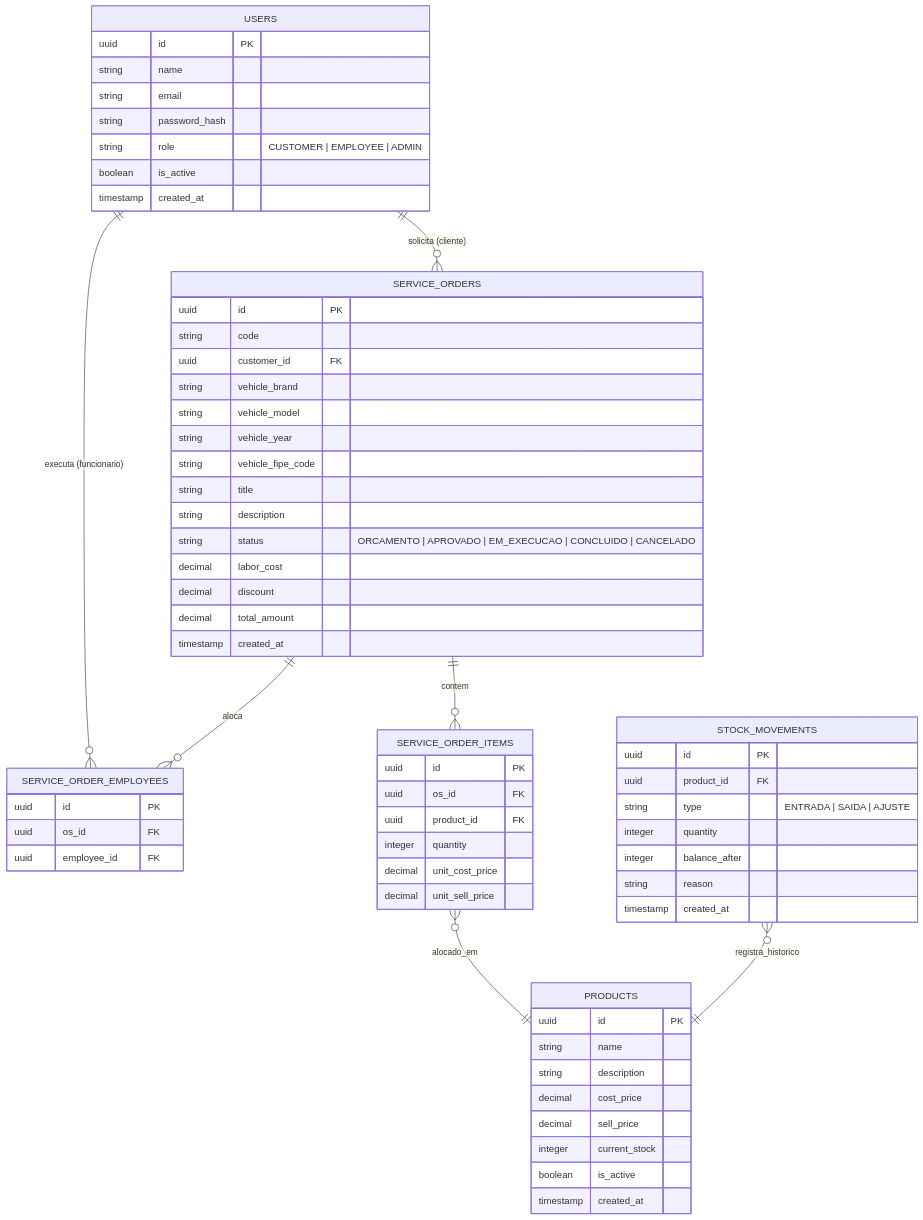
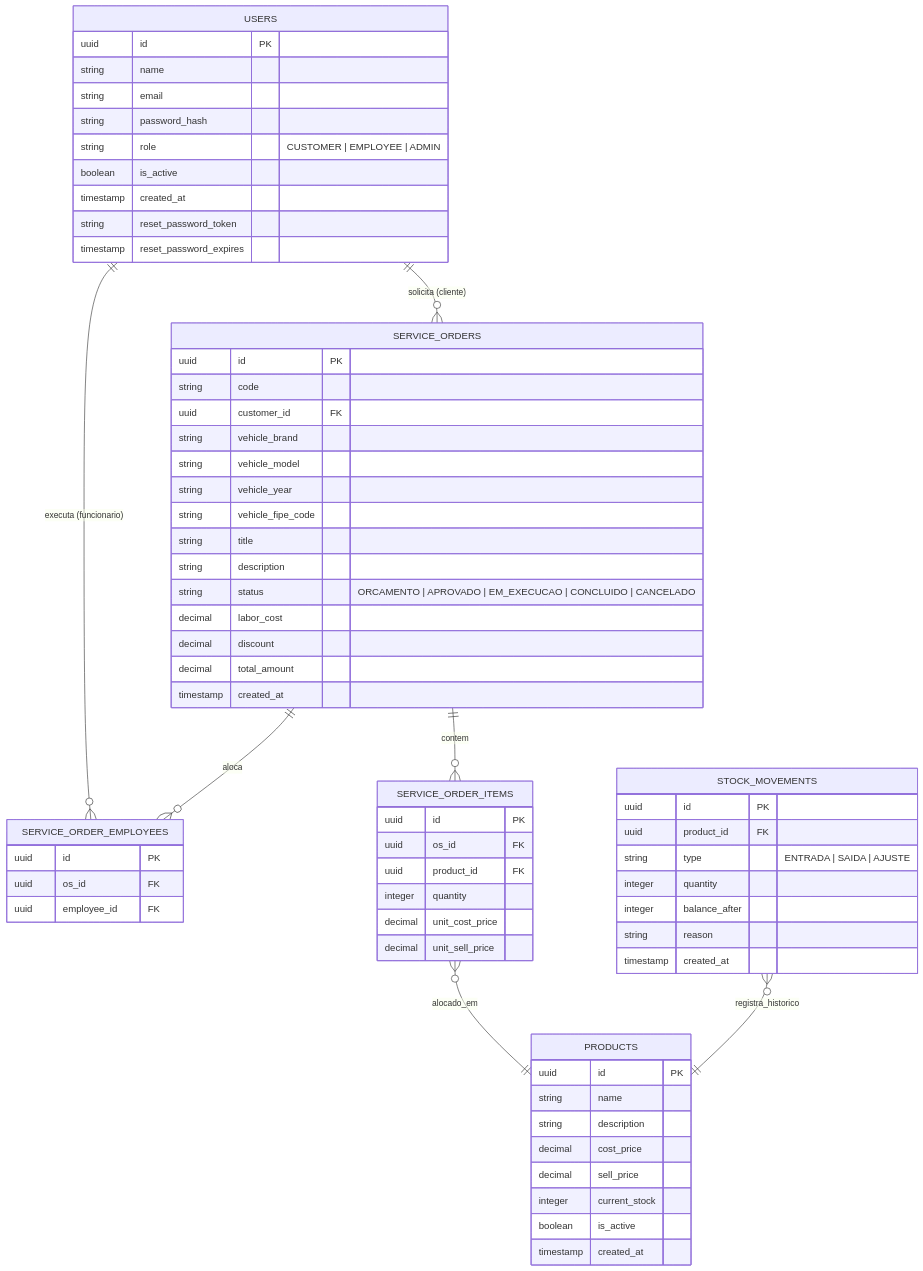
Before and after one commit to GUSTAVO-ALESSANDRO/erp-autoshop: the diagram in README.md, drawn with Mermaid.

Commit message:
📚 docs: Atualiza diagrama com atributos de reset de senha
Atualiza o modelo de entidade (diagrama Mermaid) no README.md para incluir os novos campos de token e expiração de redefinição de senha na entidade de usuários.

````diff
--- a/README.md
+++ b/README.md
@@ -145,74 +145,76 @@
 ```mermaid
 erDiagram
     USERS ||--o{ SERVICE_ORDER_EMPLOYEES : "executa (funcionario)"
     USERS ||--o{ SERVICE_ORDERS : "solicita (cliente)"
 
     SERVICE_ORDER_ITEMS }o--|| PRODUCTS : "alocado_em"
     STOCK_MOVEMENTS }o--|| PRODUCTS : "registra_historico"
 
     SERVICE_ORDERS ||--o{ SERVICE_ORDER_ITEMS : "contem"
     SERVICE_ORDERS ||--o{ SERVICE_ORDER_EMPLOYEES : "aloca"
 
     USERS {
         uuid id PK
         string name
         string email
         string password_hash
         string role "CUSTOMER | EMPLOYEE | ADMIN"
         boolean is_active
         timestamp created_at
+        string reset_password_token
+        timestamp reset_password_expires
     }
 
     PRODUCTS {
         uuid id PK
         string name
         string description
         decimal cost_price
         decimal sell_price
         integer current_stock
         boolean is_active
         timestamp created_at
     }
 
     SERVICE_ORDERS {
         uuid id PK
         string code
         uuid customer_id FK
         string vehicle_brand
         string vehicle_model
         string vehicle_year
         string vehicle_fipe_code
         string title
         string description
         string status "ORCAMENTO | APROVADO | EM_EXECUCAO | CONCLUIDO | CANCELADO"
         decimal labor_cost
         decimal discount
         decimal total_amount
         timestamp created_at
     }
 
     STOCK_MOVEMENTS {
         uuid id PK
         uuid product_id FK
         string type "ENTRADA | SAIDA | AJUSTE"
         integer quantity
         integer balance_after
         string reason
         timestamp created_at
     }
 
     SERVICE_ORDER_ITEMS {
         uuid id PK
         uuid os_id FK
         uuid product_id FK
         integer quantity
         decimal unit_cost_price
         decimal unit_sell_price
     }
 
     SERVICE_ORDER_EMPLOYEES {
         uuid id PK
         uuid os_id FK
         uuid employee_id FK
     }
 ```
````
